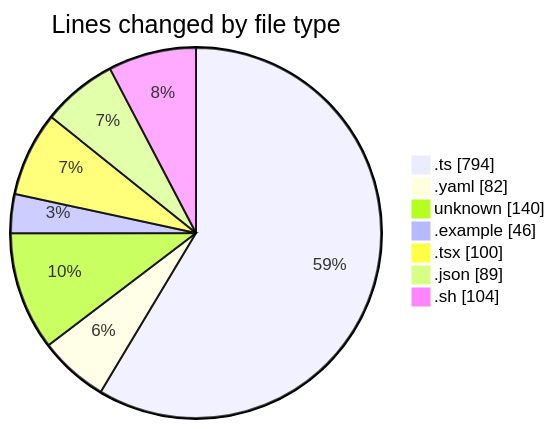
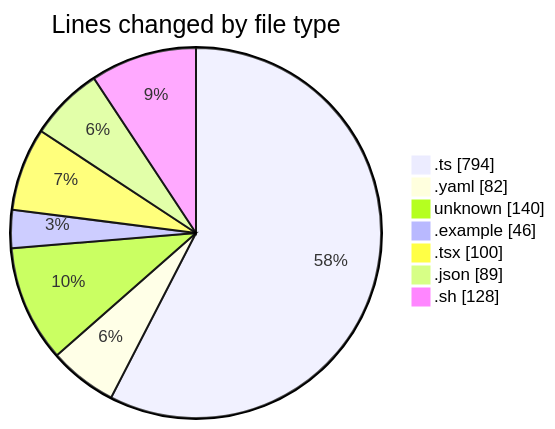
Before and after one commit to mevix1/code-tracking: the first of 2 diagrams in 2025-10-01/open-health/README.md, drawn with Mermaid. The commit also changed other lines of this file and 1 other file, not shown here.

````diff
--- a/2025-10-01/open-health/README.md
+++ b/2025-10-01/open-health/README.md
@@ -34,11 +35,11 @@
 ```mermaid
 pie showData
 title Lines changed by file type
 ".ts" : 794
 ".yaml" : 82
 "unknown" : 140
 ".example" : 46
 ".tsx" : 100
 ".json" : 89
-".sh" : 104
+".sh" : 128
 ```
````
